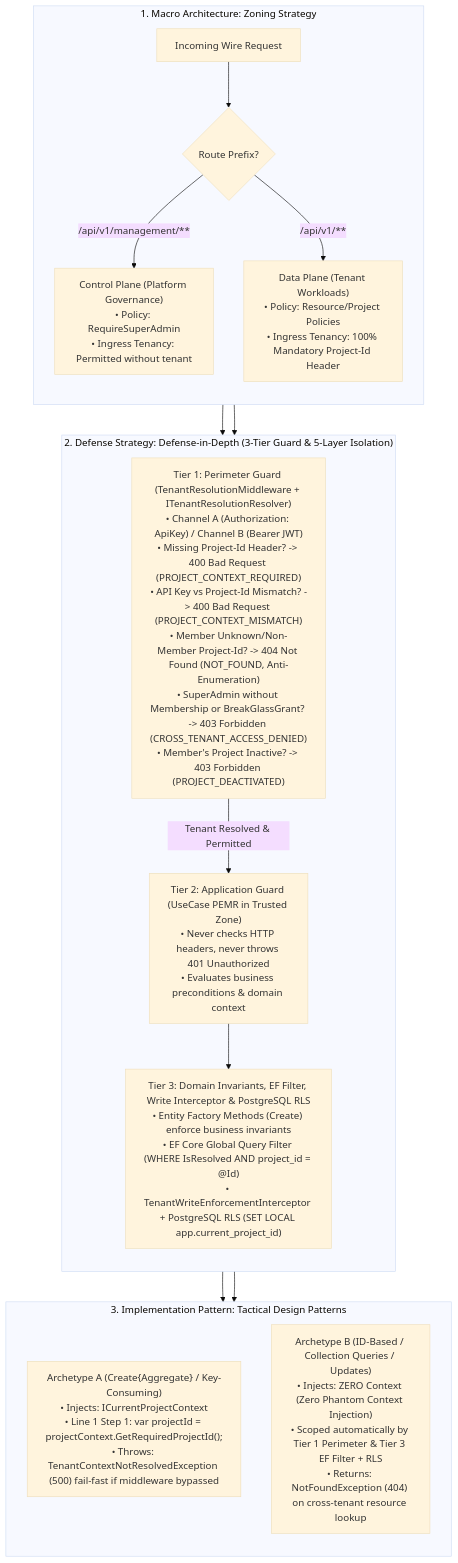
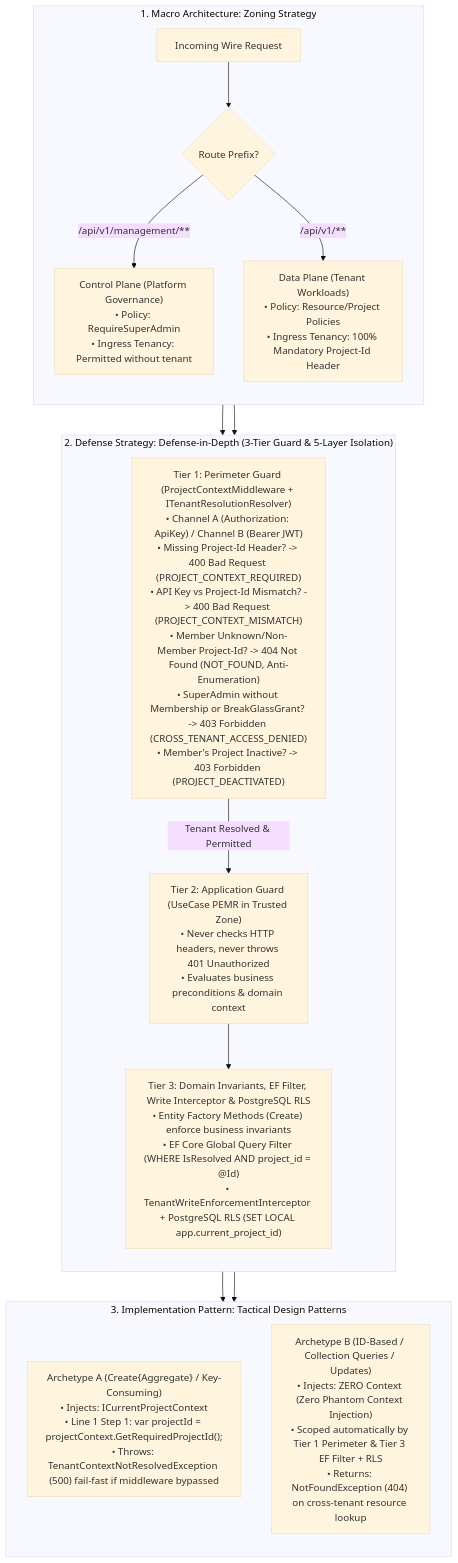
One commit to suang05/doc_template changed the first of 2 diagrams in specs/03_specialized_mechanics/multi_tenant_security_pipeline.md. Above: the diagram before and after it, drawn with Mermaid (base theme). The commit also changed other lines of this file and 171 other files, not shown here.

````diff
--- a/specs/03_specialized_mechanics/multi_tenant_security_pipeline.md
+++ b/specs/03_specialized_mechanics/multi_tenant_security_pipeline.md
@@ -23,24 +23,24 @@
 ```mermaid
 flowchart TD
     subgraph Macro ["1. Macro Architecture: Zoning Strategy"]
         direction TB
         Req[Incoming Wire Request] --> RouteCheck{Route Prefix?}
         RouteCheck -- "/api/v1/management/**" --> CtrlPlane["Control Plane (Platform Governance)\n• Policy: RequireSuperAdmin\n• Ingress Tenancy: Permitted without tenant"]
         RouteCheck -- "/api/v1/**" --> DataPlane["Data Plane (Tenant Workloads)\n• Policy: Resource/Project Policies\n• Ingress Tenancy: 100% Mandatory Project-Id Header"]
     end
 
     subgraph Defense ["2. Defense Strategy: Defense-in-Depth (3-Tier Guard & 5-Layer Isolation)"]
         direction TB
-        DataPlane --> T1["Tier 1: Perimeter Guard (TenantResolutionMiddleware + ITenantResolutionResolver)\n• Channel A (Authorization: ApiKey) / Channel B (Bearer JWT)\n• Missing Project-Id Header? -> 400 Bad Request (PROJECT_CONTEXT_REQUIRED)\n• API Key vs Project-Id Mismatch? -> 400 Bad Request (PROJECT_CONTEXT_MISMATCH)\n• Member Unknown/Non-Member Project-Id? -> 404 Not Found (NOT_FOUND, Anti-Enumeration)\n• SuperAdmin without Membership or BreakGlassGrant? -> 403 Forbidden (CROSS_TENANT_ACCESS_DENIED)\n• Member's Project Inactive? -> 403 Forbidden (PROJECT_DEACTIVATED)"]
+        DataPlane --> T1["Tier 1: Perimeter Guard (ProjectContextMiddleware + ITenantResolutionResolver)\n• Channel A (Authorization: ApiKey) / Channel B (Bearer JWT)\n• Missing Project-Id Header? -> 400 Bad Request (PROJECT_CONTEXT_REQUIRED)\n• API Key vs Project-Id Mismatch? -> 400 Bad Request (PROJECT_CONTEXT_MISMATCH)\n• Member Unknown/Non-Member Project-Id? -> 404 Not Found (NOT_FOUND, Anti-Enumeration)\n• SuperAdmin without Membership or BreakGlassGrant? -> 403 Forbidden (CROSS_TENANT_ACCESS_DENIED)\n• Member's Project Inactive? -> 403 Forbidden (PROJECT_DEACTIVATED)"]
         T1 -- Tenant Resolved & Permitted --> T2["Tier 2: Application Guard (UseCase PEMR in Trusted Zone)\n• Never checks HTTP headers, never throws 401 Unauthorized\n• Evaluates business preconditions & domain context"]
         T2 --> T3["Tier 3: Domain Invariants, EF Filter, Write Interceptor & PostgreSQL RLS\n• Entity Factory Methods (Create) enforce business invariants\n• EF Core Global Query Filter (WHERE IsResolved AND project_id = @Id)\n• TenantWriteEnforcementInterceptor + PostgreSQL RLS (SET LOCAL app.current_project_id)"]
     end
 
     subgraph Tactical ["3. Implementation Pattern: Tactical Design Patterns"]
         direction TB
         T2 --> ArchA["Archetype A (Create{Aggregate} / Key-Consuming)\n• Injects: ICurrentProjectContext\n• Line 1 Step 1: var projectId = projectContext.GetRequiredProjectId();\n• Throws: TenantContextNotResolvedException (500) fail-fast if middleware bypassed"]
         T2 --> ArchB["Archetype B (ID-Based / Collection Queries / Updates)\n• Injects: ZERO Context (Zero Phantom Context Injection)\n• Scoped automatically by Tier 1 Perimeter & Tier 3 EF Filter + RLS\n• Returns: NotFoundException (404) on cross-tenant resource lookup"]
     end
 
     CtrlPlane --> T2
 ```
````
